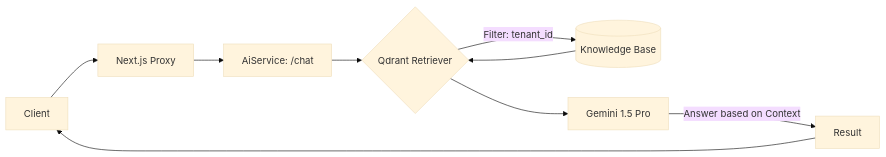
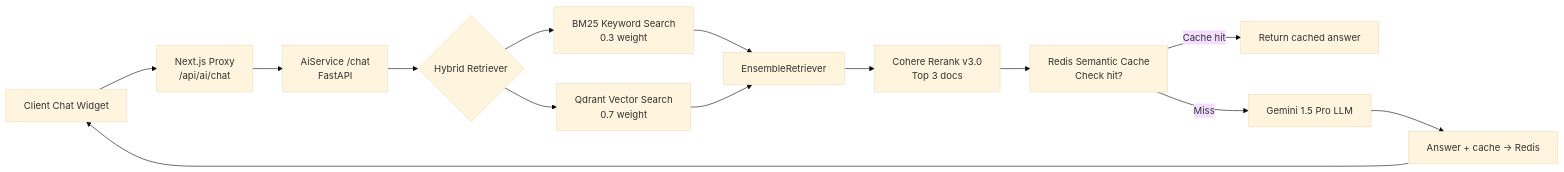
One commit to se7enbaber/newsource changed the diagram in .agent/specs/ai/infrastructure.spec.md. Above: the diagram before and after it, drawn with Mermaid (base theme). The commit also changed other lines of this file and 13 other files, not shown here.

````diff
--- a/.agent/specs/ai/infrastructure.spec.md
+++ b/.agent/specs/ai/infrastructure.spec.md
@@ -48,11 +22,16 @@
 ```mermaid
 graph LR
-    A[Client] --> B[Next.js Proxy]
-    B --> C[AiService: /chat]
-    C --> D{Qdrant Retriever}
-    D -->|Filter: tenant_id| E[(Knowledge Base)]
-    E --> D
-    D --> F[Gemini 1.5 Pro]
-    F -->|Answer based on Context| G[Result]
-    G --> A
+    A[Client Chat Widget] --> B[Next.js Proxy\n/api/ai/chat]
+    B --> C[AiService /chat\nFastAPI]
+    C --> D{Hybrid Retriever}
+    D --> E[BM25 Keyword Search\n0.3 weight]
+    D --> F[Qdrant Vector Search\n0.7 weight]
+    E --> G[EnsembleRetriever]
+    F --> G
+    G --> H[Cohere Rerank v3.0\nTop 3 docs]
+    H --> I[Redis Semantic Cache\nCheck hit?]
+    I -->|Cache hit| J[Return cached answer]
+    I -->|Miss| K[Gemini 1.5 Pro LLM]
+    K --> L[Answer + cache → Redis]
+    L --> A
 ```
````
